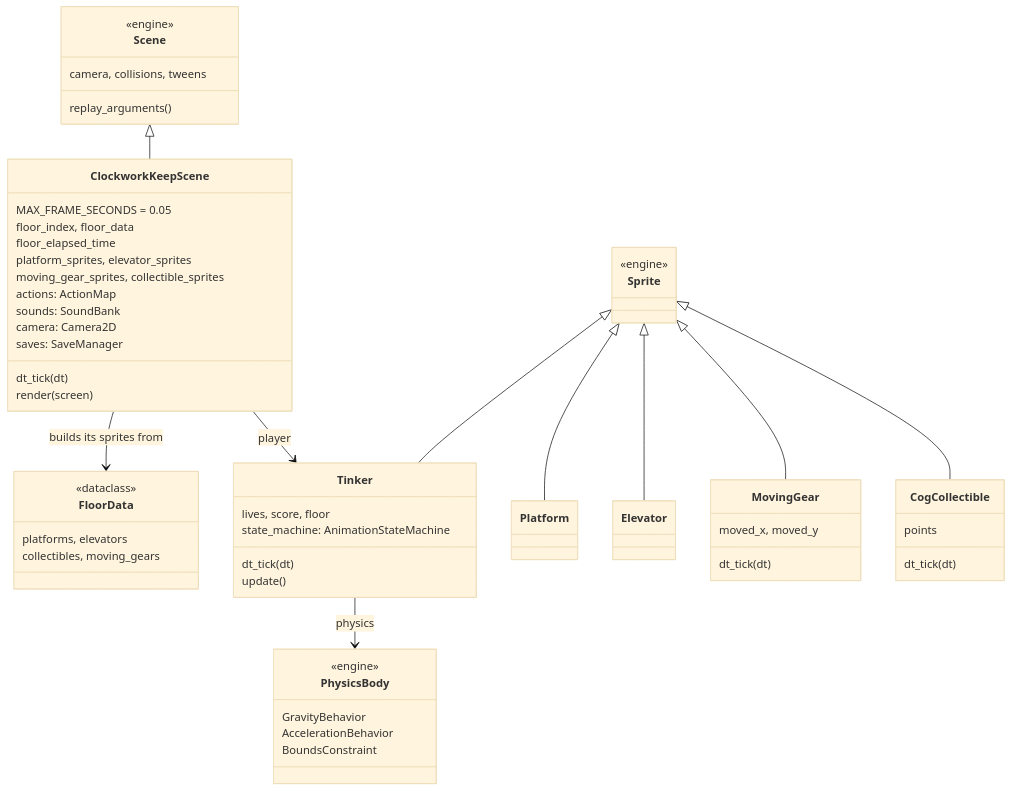
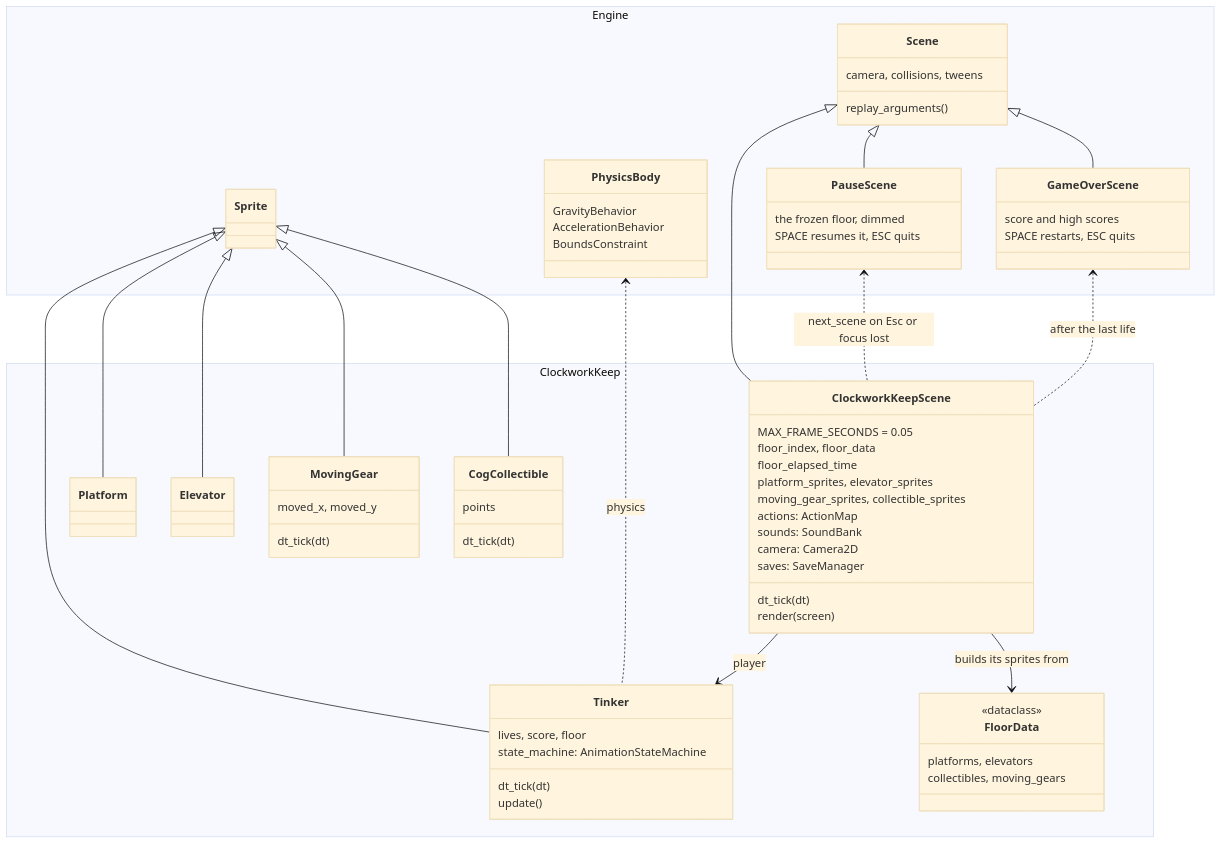
One commit to terrysimons/glitchygames changed the second of 6 diagrams in docs/games/clockwork_keep.md. Above: the diagram before and after it, drawn with Mermaid (base theme). The commit also changed other lines of this file and 5 other files, not shown here.

First line of the commit message:
Docs: every diagram that mixes engine and game code shows the split

````diff
--- a/docs/games/clockwork_keep.md
+++ b/docs/games/clockwork_keep.md
@@ -125,62 +141,74 @@
 ```mermaid
 classDiagram
     direction TB
-    class Scene {
-        <<engine>>
-        camera, collisions, tweens
-        replay_arguments()
+    namespace Engine {
+        class Scene {
+            camera, collisions, tweens
+            replay_arguments()
+        }
+        class PauseScene {
+            the frozen floor, dimmed
+            SPACE resumes it, ESC quits
+        }
+        class GameOverScene {
+            score and high scores
+            SPACE restarts, ESC quits
+        }
+        class Sprite
+        class PhysicsBody {
+            GravityBehavior
+            AccelerationBehavior
+            BoundsConstraint
+        }
     }
-    class ClockworkKeepScene {
-        MAX_FRAME_SECONDS = 0.05
-        floor_index, floor_data
-        floor_elapsed_time
-        platform_sprites, elevator_sprites
-        moving_gear_sprites, collectible_sprites
-        actions: ActionMap
-        sounds: SoundBank
-        camera: Camera2D
-        saves: SaveManager
-        dt_tick(dt)
-        render(screen)
-    }
-    class Sprite {
-        <<engine>>
-    }
-    class Tinker {
-        lives, score, floor
-        state#95;machine: AnimationStateMachine
-        dt_tick(dt)
-        update()
-    }
-    class Platform
-    class Elevator
-    class MovingGear {
-        moved_x, moved_y
-        dt_tick(dt)
-    }
-    class CogCollectible {
-        points
-        dt_tick(dt)
-    }
-    class PhysicsBody {
-        <<engine>>
-        GravityBehavior
-        AccelerationBehavior
-        BoundsConstraint
-    }
-    class FloorData {
-        <<dataclass>>
-        platforms, elevators
-        collectibles, moving_gears
+    namespace ClockworkKeep {
+        class ClockworkKeepScene {
+            MAX_FRAME_SECONDS = 0.05
+            floor_index, floor_data
+            floor_elapsed_time
+            platform_sprites, elevator_sprites
+            moving_gear_sprites, collectible_sprites
+            actions: ActionMap
+            sounds: SoundBank
+            camera: Camera2D
+            saves: SaveManager
+            dt_tick(dt)
+            render(screen)
+        }
+        class Tinker {
+            lives, score, floor
+            state#95;machine: AnimationStateMachine
+            dt_tick(dt)
+            update()
+        }
+        class Platform
+        class Elevator
+        class MovingGear {
+            moved_x, moved_y
+            dt_tick(dt)
+        }
+        class CogCollectible {
+            points
+            dt_tick(dt)
+        }
+        class FloorData {
+            <<dataclass>>
+            platforms, elevators
+            collectibles, moving_gears
+        }
     }
 
+    Scene <|-- PauseScene
+    Scene <|-- GameOverScene
     Scene <|-- ClockworkKeepScene
     Sprite <|-- Tinker
     Sprite <|-- Platform
     Sprite <|-- Elevator
     Sprite <|-- MovingGear
     Sprite <|-- CogCollectible
+    PauseScene <.. ClockworkKeepScene : next_scene on Esc or focus lost
+    GameOverScene <.. ClockworkKeepScene : after the last life
+    PhysicsBody <.. Tinker : physics
     ClockworkKeepScene --> FloorData : builds its sprites from
     ClockworkKeepScene --> Tinker : player
-    Tinker --> PhysicsBody : physics
 ```
````
